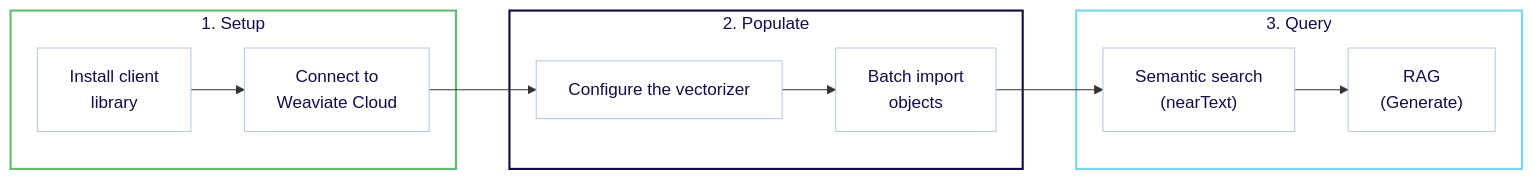
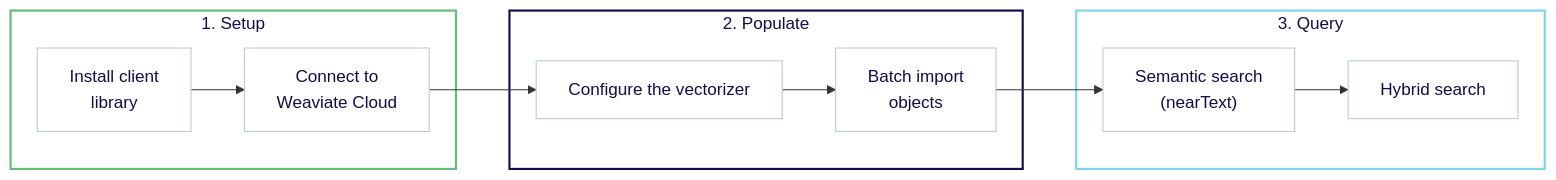
One commit to weaviate/weaviate-io changed the diagram in developers/wcs/embeddings/quickstart.md. Above: the diagram before and after it, drawn with Mermaid. The commit also changed other lines of this file and 4 other files, not shown here.

````diff
--- a/developers/wcs/embeddings/quickstart.md
+++ b/developers/wcs/embeddings/quickstart.md
@@ -32,38 +32,38 @@
 ```mermaid
 flowchart LR
     %% Define nodes with white backgrounds and darker borders
     A1["Install client\nlibrary"] --> A2["Connect to\nWeaviate Cloud"]
     A2 --> B1["Configure the vectorizer"]
     B1 --> B2["Batch import\nobjects"]
     B2 --> C1["Semantic search\n(nearText)"]
-    C1 --> C2["RAG\n(Generate)"]
+    C1 --> C2["Hybrid search"]
 
     %% Group nodes in subgraphs with brand colors
     subgraph sg1 ["1. Setup"]
         A1
         A2
     end
 
     subgraph sg2 ["2. Populate"]
         B1
         B2
     end
 
     subgraph sg3 ["3. Query"]
         C1
         C2
     end
 
     %% Style nodes with white background and darker borders
     style A1 fill:#ffffff,stroke:#B9C8DF,color:#130C49
     style A2 fill:#ffffff,stroke:#B9C8DF,color:#130C49
     style B1 fill:#ffffff,stroke:#B9C8DF,color:#130C49
     style B2 fill:#ffffff,stroke:#B9C8DF,color:#130C49
     style C1 fill:#ffffff,stroke:#B9C8DF,color:#130C49
     style C2 fill:#ffffff,stroke:#B9C8DF,color:#130C49
 
     %% Style subgraphs with brand colors
     style sg1 fill:#ffffff,stroke:#61BD73,stroke-width:2px,color:#130C49
     style sg2 fill:#ffffff,stroke:#130C49,stroke-width:2px,color:#130C49
     style sg3 fill:#ffffff,stroke:#7AD6EB,stroke-width:2px,color:#130C49
 ```
````
